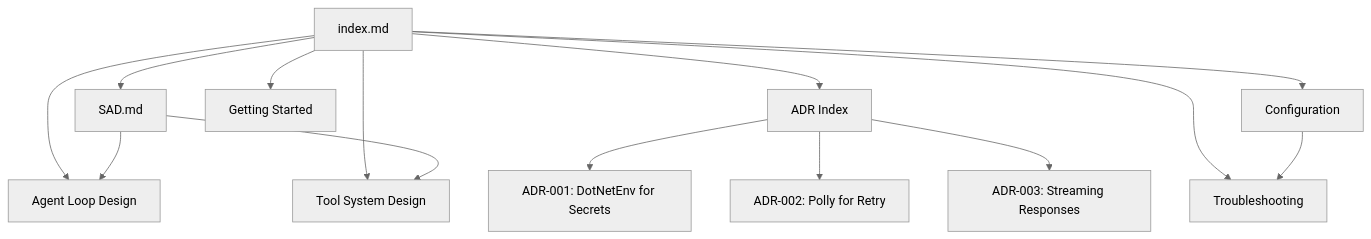
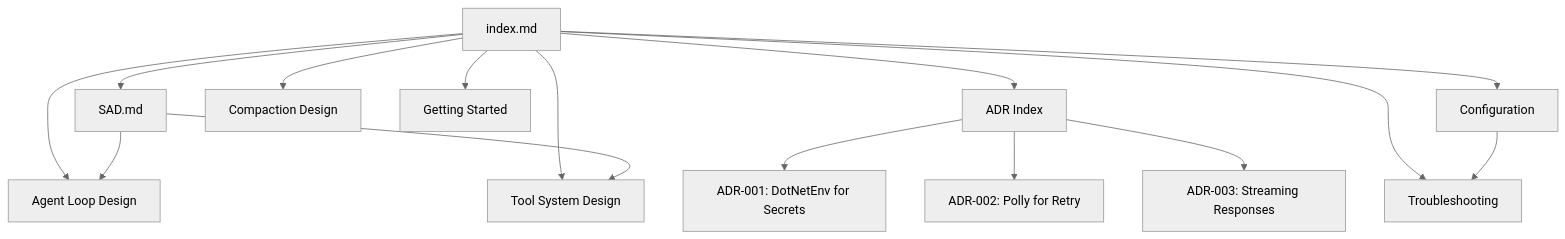
One commit to StephenDenisEdwards/micro-x-agent-loop-dotnet changed the diagram in documentation/docs/index.md. Above: the diagram before and after it, drawn with Mermaid (neutral theme). The commit also changed other lines of this file and 18 other files, not shown here.

````diff
--- a/documentation/docs/index.md
+++ b/documentation/docs/index.md
@@ -27,18 +28,19 @@
 ```mermaid
 graph TD
     INDEX[index.md] --> SAD[SAD.md]
     INDEX --> ADR[ADR Index]
     INDEX --> DESIGN1[Agent Loop Design]
     INDEX --> DESIGN2[Tool System Design]
+    INDEX --> DESIGN3[Compaction Design]
     INDEX --> OPS1[Getting Started]
     INDEX --> OPS2[Configuration]
     INDEX --> OPS3[Troubleshooting]
 
     ADR --> ADR001[ADR-001: DotNetEnv for Secrets]
     ADR --> ADR002[ADR-002: Polly for Retry]
     ADR --> ADR003[ADR-003: Streaming Responses]
 
     SAD --> DESIGN1
     SAD --> DESIGN2
     OPS2 --> OPS3
 ```
````
